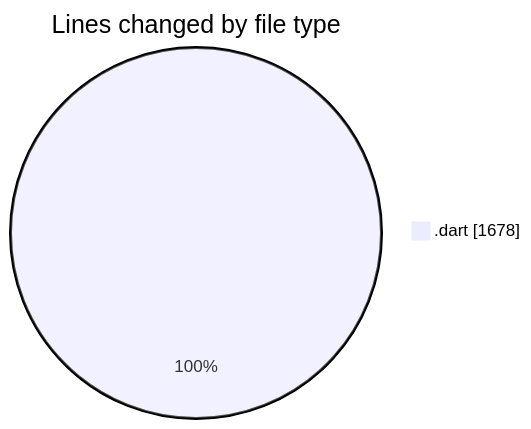
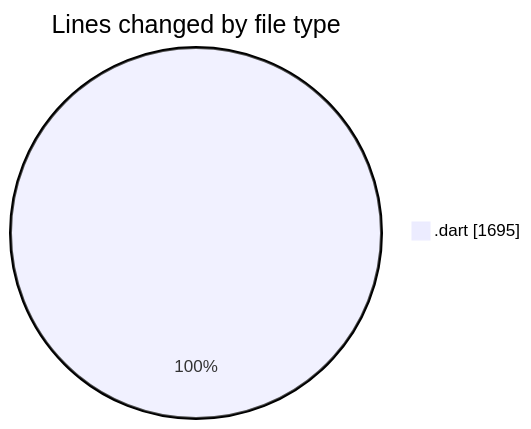
Before and after one commit to donsfak/code-tracking: the first of 2 diagrams in 2025-04-10/trackers_app/README.md, drawn with Mermaid. The commit also changed other lines of this file and 1 other file, not shown here.

````diff
--- a/2025-04-10/trackers_app/README.md
+++ b/2025-04-10/trackers_app/README.md
@@ -38,5 +38,5 @@
 ```mermaid
 pie showData
 title Lines changed by file type
-".dart" : 1678
+".dart" : 1695
 ```
````
